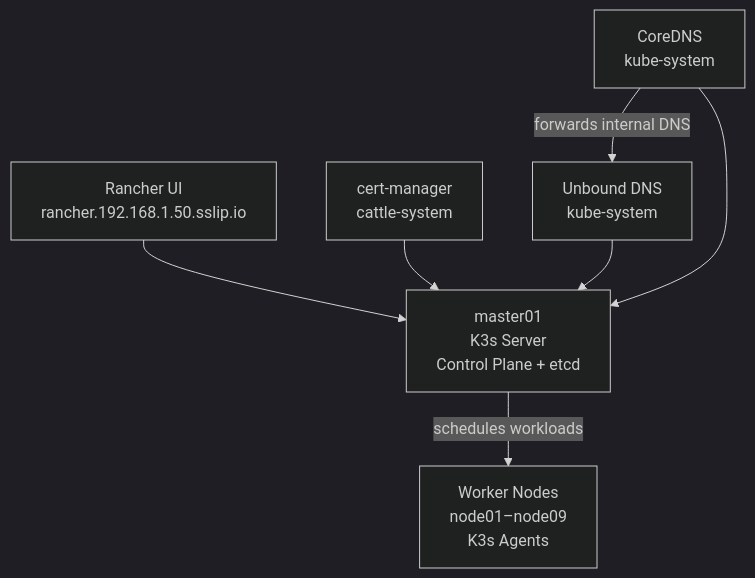
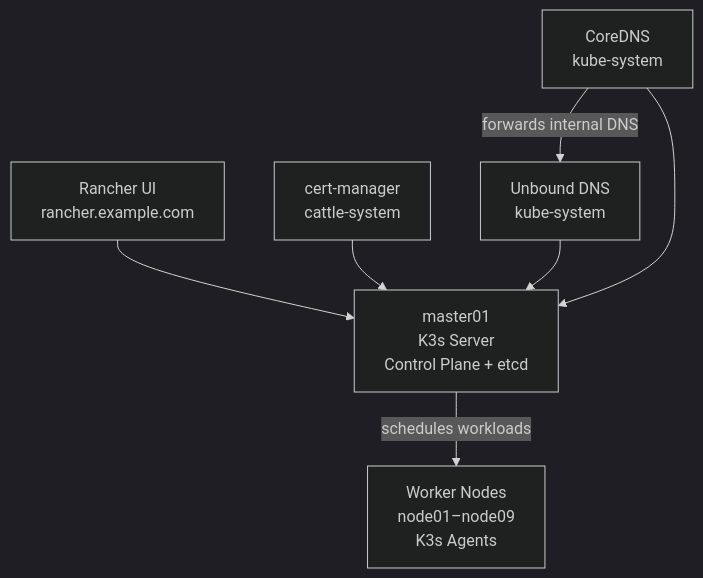
One commit to NikolajHansen/raspberry-pi-k3s-cluster changed the second of 3 diagrams in README.md. Above: the diagram before and after it, drawn with Mermaid (dark theme). The commit also changed other lines of this file, not shown here.

````diff
--- a/README.md
+++ b/README.md
@@ -64,17 +64,17 @@
 ```mermaid
 graph TD
-    rancher[Rancher UI\nrancher.192.168.1.50.sslip.io]
+    rancher[Rancher UI\nrancher.example.com]
     master[master01\nK3s Server\nControl Plane + etcd]
     certmgr[cert-manager\ncattle-system]
     unbound[Unbound DNS\nkube-system]
     coredns[CoreDNS\nkube-system]
 
     workers[Worker Nodes\nnode01–node09\nK3s Agents]
 
     rancher --> master
     certmgr --> master
     unbound --> master
     coredns --> master
     master -->|schedules workloads| workers
     coredns -->|forwards internal DNS| unbound
 ```
````
